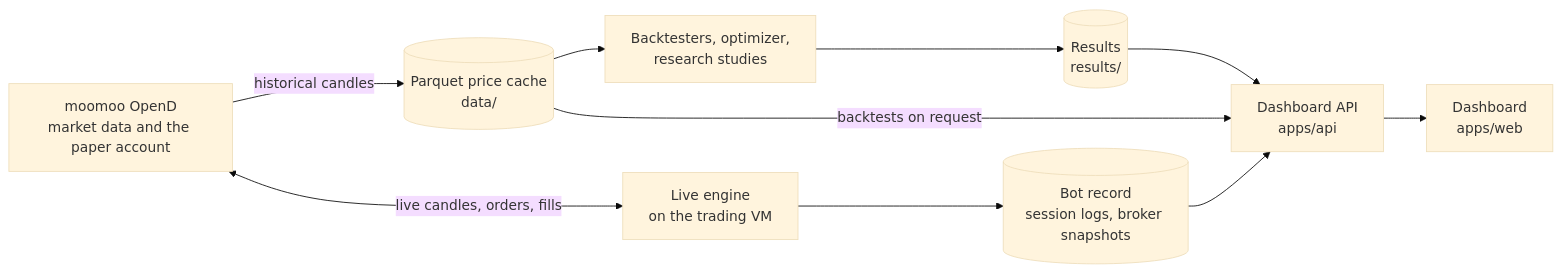
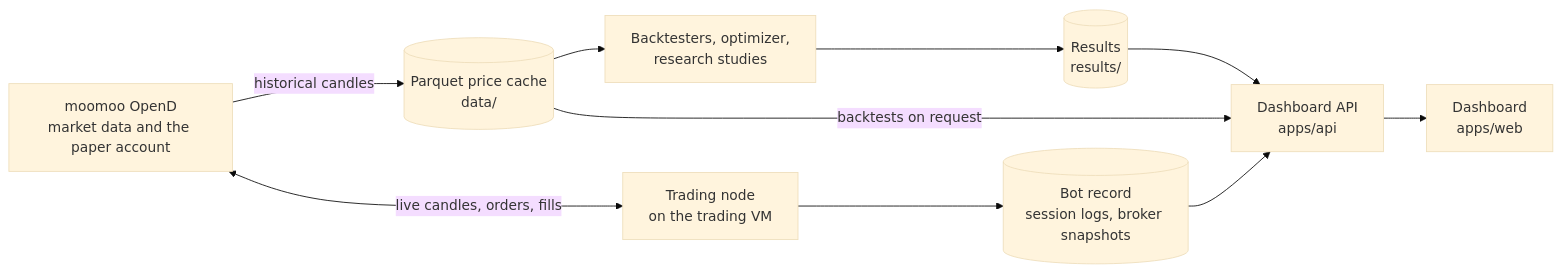
Before and after one commit to JacksonSeowJX/midfreq-trading-bot: the diagram in site_docs/index.md, drawn with Mermaid (base theme). The commit also changed other lines of this file and 25 other files, not shown here.

Commit message:
Site: the trading node, the connectors' execution side and streams, the two live paths, and releases with the node's startup checks and the test suite's counts

````diff
--- a/site_docs/index.md
+++ b/site_docs/index.md
@@ -118,18 +120,18 @@
 ```mermaid
 flowchart LR
     opend["moomoo OpenD<br/>market data and the paper account"]
     cache[("Parquet price cache<br/>data/")]
     research["Backtesters, optimizer,<br/>research studies"]
     results[("Results<br/>results/")]
-    live["Live engine<br/>on the trading VM"]
+    live["Trading node<br/>on the trading VM"]
     record[("Bot record<br/>session logs, broker snapshots")]
     api["Dashboard API<br/>apps/api"]
     web["Dashboard<br/>apps/web"]
 
     opend -- "historical candles" --> cache
     cache --> research --> results --> api
     opend <-- "live candles, orders, fills" --> live
     live --> record --> api
     cache -- "backtests on request" --> api
     api --> web
 ```
````
